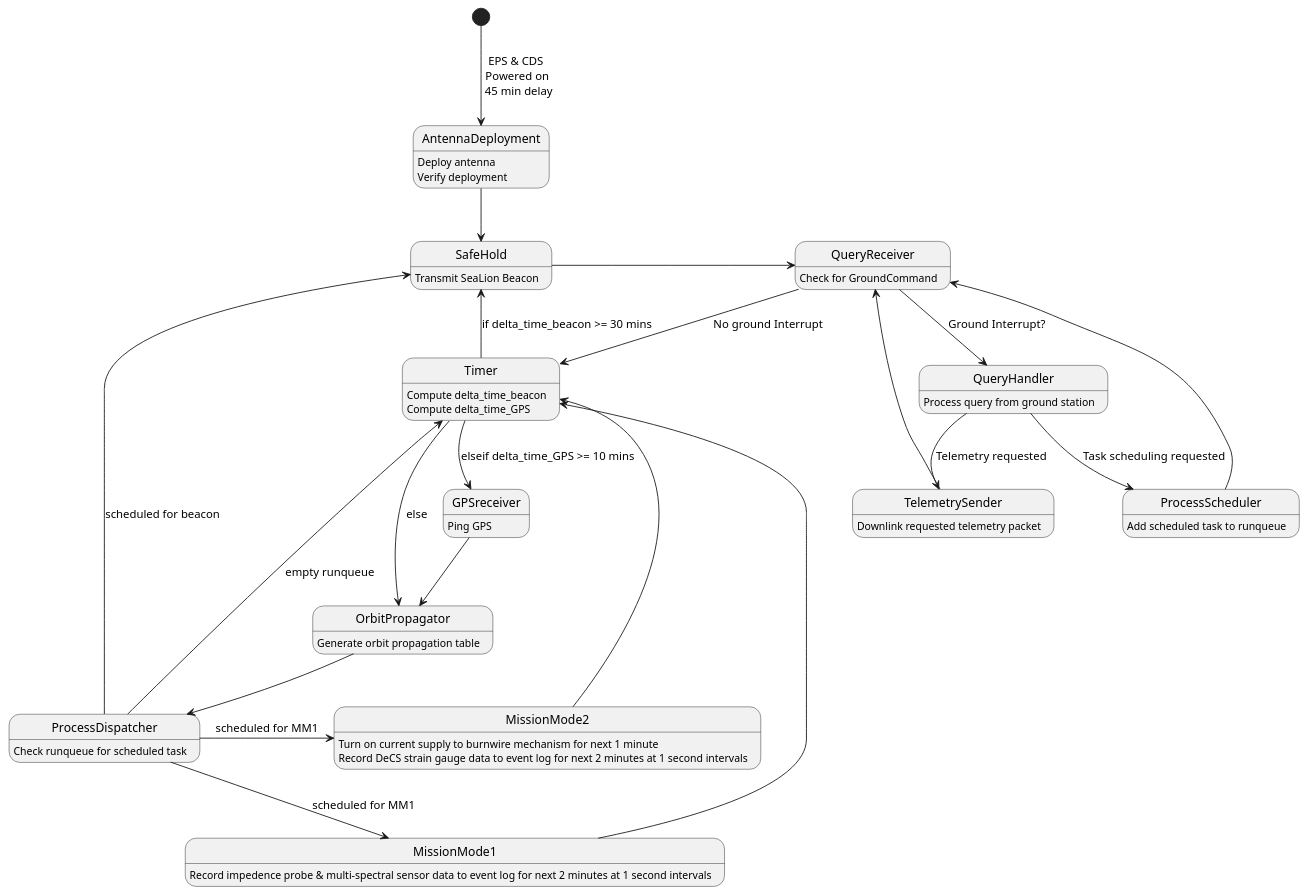
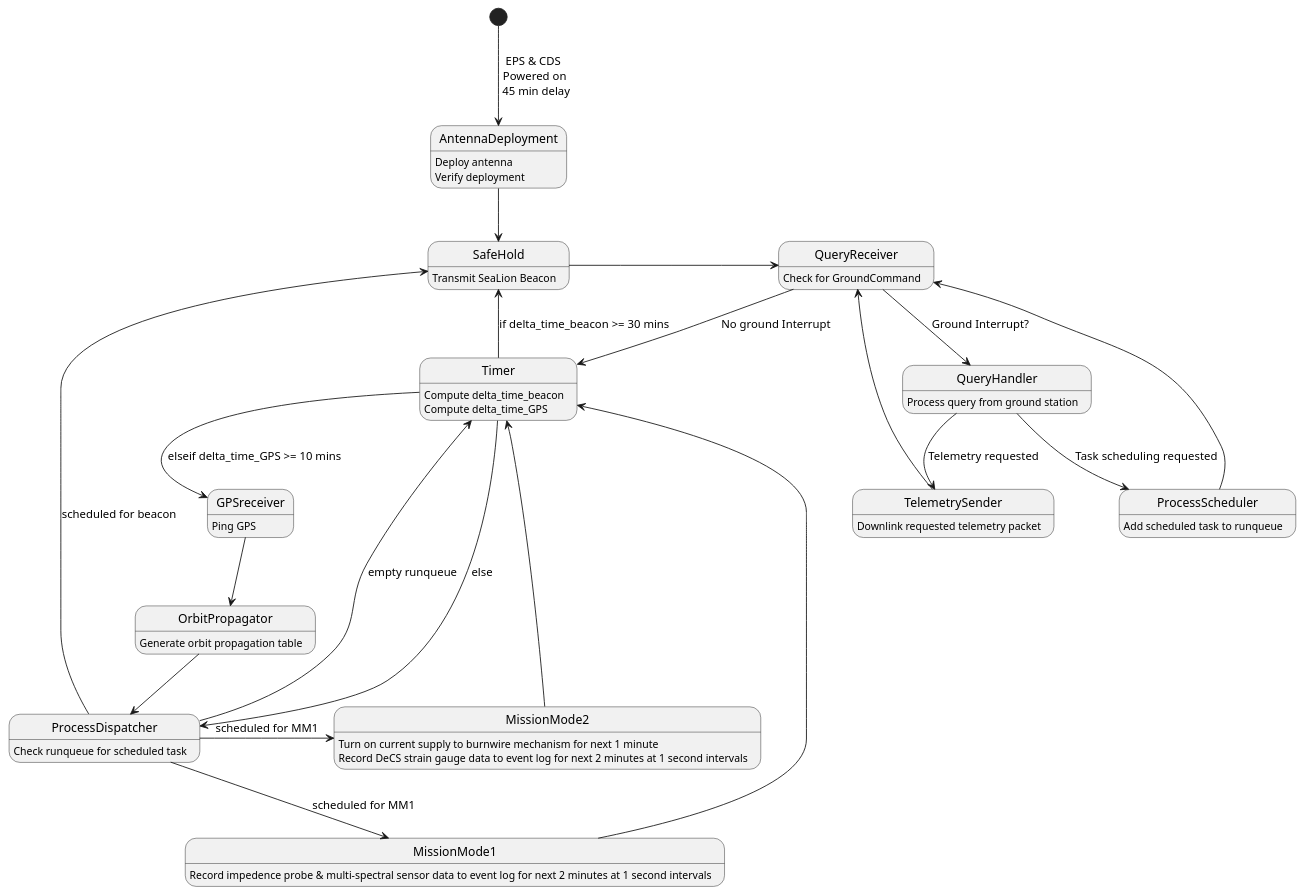
The diagram in fsw-architecture/operating-mode-as-fsm.puml (ODU-CGA-CubeSat/FSW), drawn with PlantUML before and after one commit.

Commit message:
redirect Timer to ProcessDispatcher for else case

```diff
--- a/fsw-architecture/operating-mode-as-fsm.puml
+++ b/fsw-architecture/operating-mode-as-fsm.puml
@@ -1,51 +1,51 @@
 @startuml
 
 state AntennaDeployment
       AntennaDeployment : Deploy antenna
       AntennaDeployment : Verify deployment
 state SafeHold
       SafeHold : Transmit SeaLion Beacon
 state QueryReceiver
       QueryReceiver : Check for GroundCommand
 state TelemetrySender
       TelemetrySender : Downlink requested telemetry packet
 state Timer
       Timer : Compute delta_time_beacon
       Timer : Compute delta_time_GPS
 state MissionMode1
       MissionMode1 : Record impedence probe & multi-spectral sensor data to event log for next 2 minutes at 1 second intervals
 state MissionMode2
       MissionMode2 : Turn on current supply to burnwire mechanism for next 1 minute
       MissionMode2 : Record DeCS strain gauge data to event log for next 2 minutes at 1 second intervals
 state ProcessDispatcher
       ProcessDispatcher : Check runqueue for scheduled task
 state OrbitPropagator
       OrbitPropagator : Generate orbit propagation table
 state GPSreceiver
       GPSreceiver : Ping GPS
 state QueryHandler
       QueryHandler : Process query from ground station
 state ProcessScheduler
       ProcessScheduler : Add scheduled task to runqueue
 
 [*] --> AntennaDeployment : EPS & CDS \n Powered on \n 45 min delay
 AntennaDeployment --> SafeHold
 SafeHold -> QueryReceiver
 QueryReceiver --> QueryHandler : Ground Interrupt?
 QueryReceiver -> Timer : No ground Interrupt
 QueryHandler --> TelemetrySender : Telemetry requested
 QueryHandler --> ProcessScheduler : Task scheduling requested
 TelemetrySender --> QueryReceiver
 ProcessScheduler --> QueryReceiver
 MissionMode1 --> Timer
 MissionMode2 --> Timer
 GPSreceiver --> OrbitPropagator
 OrbitPropagator --> ProcessDispatcher
 Timer --> SafeHold : if delta_time_beacon >= 30 mins
 Timer --> GPSreceiver : elseif delta_time_GPS >= 10 mins
-Timer --> OrbitPropagator : else
+Timer --> ProcessDispatcher : else
 ProcessDispatcher --> SafeHold : scheduled for beacon
 ProcessDispatcher --> MissionMode1 : scheduled for MM1
 ProcessDispatcher -> MissionMode2 : scheduled for MM1
 ProcessDispatcher --> Timer : empty runqueue
 @enduml
```
